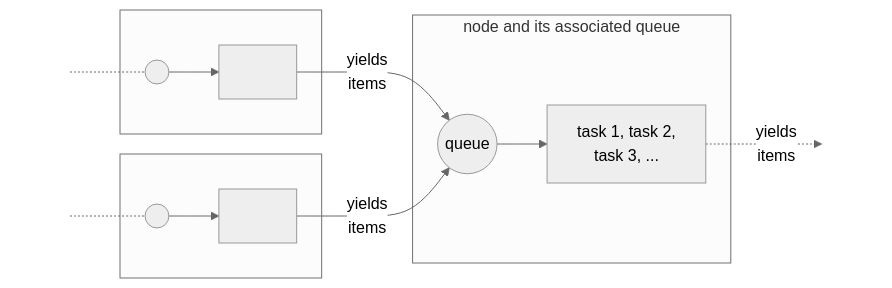
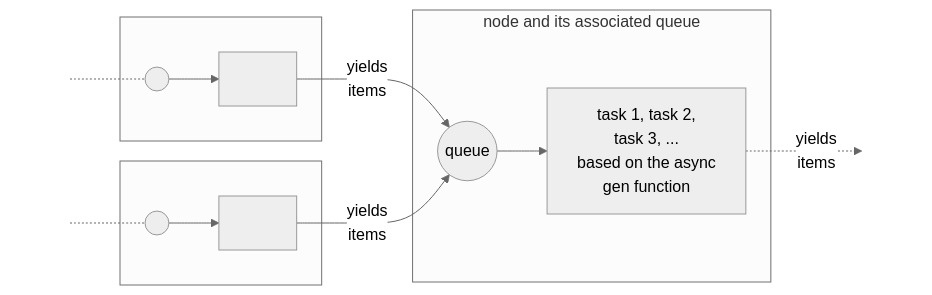
One commit to civisanalytics/async-graph-data-flow changed the third of 5 diagrams in docs/technical.rst. Above: the diagram before and after it, drawn with Mermaid (neutral theme). The commit also changed other lines of this file and 2 other files, not shown here.

Commit message:
DOC batching

```diff
--- a/docs/technical.rst
+++ b/docs/technical.rst
@@ -67,24 +69,24 @@
 .. mermaid::
 
     flowchart LR
 
     start1[ ] -.- queue1(("&nbsp;&nbsp;"))
     subgraph box1 [ ]
         queue1 --> node1["&nbsp;&nbsp;&nbsp;&nbsp;"]
     end
     style start1 fill-opacity:0, stroke-opacity:0;
 
     start2[ ] -.- queue2(("&nbsp;&nbsp;"))
     subgraph box2 [ ]
         queue2 --> node2["&nbsp;&nbsp;&nbsp;&nbsp;"]
     end
     style start2 fill-opacity:0, stroke-opacity:0;
 
     subgraph node and its associated queue
-        queue3((queue)) --> node3[task 1, task 2,<br/>task 3, ...]
+        queue3((queue)) --> node3[task 1, task 2,<br/>task 3, ...<br/>based on the async<br/>gen function]
     end
 
     node1 --> |yields<br/>items| queue3
     node2 --> |yields<br/>items| queue3
     node3 -.-> |yields<br/>items| STOP[ ]
     style STOP  fill-opacity:0, stroke-opacity:0;
```
